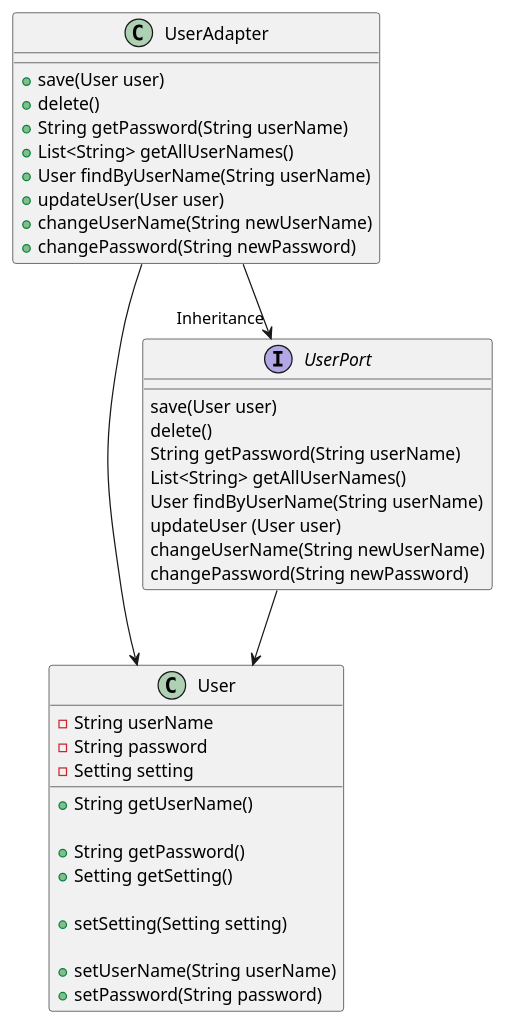
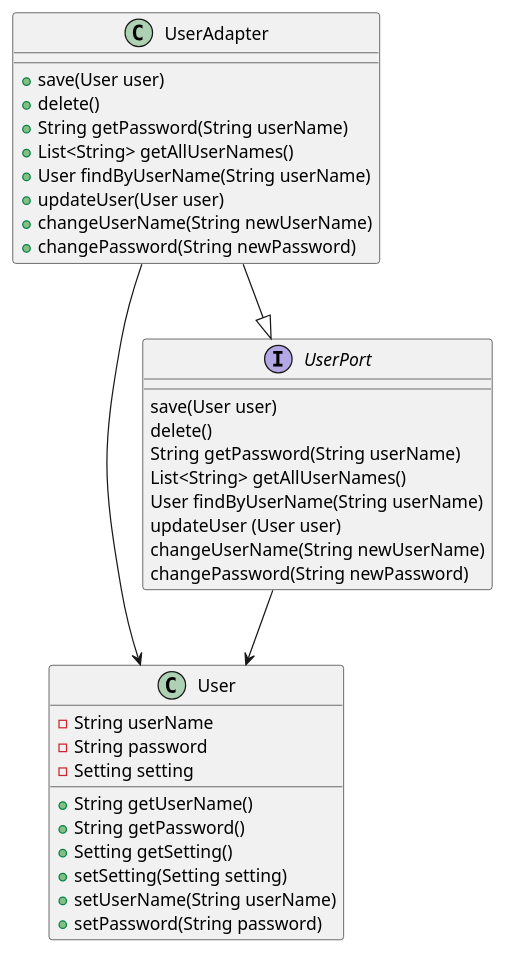
One commit to mohjohfox/cli-sudoku changed the diagram in uml/dependency_rule/dependency_rule_1.puml. Above: the diagram before and after it, drawn with PlantUML. The commit also changed 10 other files, not shown here.

First line of the commit message:
Fixed uml

```diff
--- a/uml/dependency_rule/dependency_rule_1.puml
+++ b/uml/dependency_rule/dependency_rule_1.puml
@@ -1,42 +1,39 @@
 @startuml
 class User {
   - String userName
   - String password
   - Setting setting
   + String getUserName()
-
-  + String getPassword() 
+  + String getPassword()
   + Setting getSetting() 
-
-  + setSetting(Setting setting) 
-
+  + setSetting(Setting setting)
   + setUserName(String userName)
   + setPassword(String password)
 }
  
 interface UserPort {
    save(User user)
    delete()
    String getPassword(String userName)
    List<String> getAllUserNames()
    User findByUserName(String userName)
    updateUser (User user)
    changeUserName(String newUserName)
    changePassword(String newPassword)
 }
 
 class UserAdapter{
 +save(User user)
 +delete()
 +String getPassword(String userName)
 +List<String> getAllUserNames()
 +User findByUserName(String userName)
 +updateUser(User user)
 +changeUserName(String newUserName)
 +changePassword(String newPassword)
 }
 
-UserAdapter--> "Inheritance" UserPort
+UserAdapter--|>UserPort
 UserAdapter-->User
 UserPort-->User
 @enduml
```
